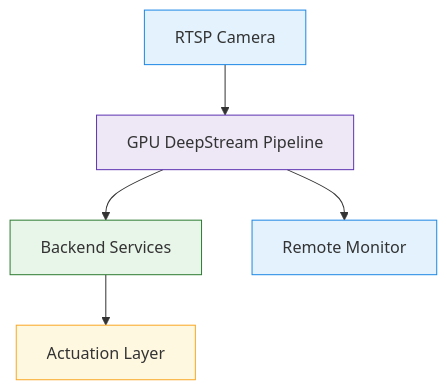
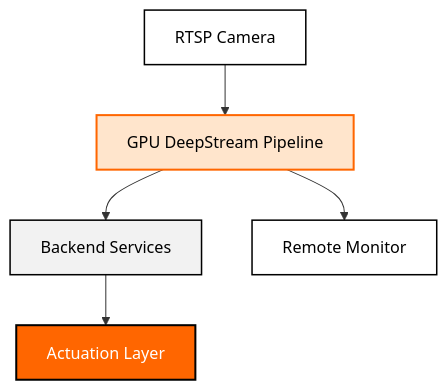
One commit to hbo-bomb/Project-Nilbye changed the first of 4 diagrams in Project Documentation/architecture.md. Above: the diagram before and after it, drawn with Mermaid. The commit also changed other lines of this file, not shown here.

````diff
--- a/Project Documentation/architecture.md
+++ b/Project Documentation/architecture.md
@@ -13,22 +13,23 @@
 ```mermaid
 flowchart TB
 
-  classDef ext fill:#e3f2fd,stroke:#1e88e5,stroke-width:1px;
-  classDef core fill:#ede7f6,stroke:#5e35b1,stroke-width:1px;
-  classDef backend fill:#e8f5e9,stroke:#2e7d32,stroke-width:1px;
-  classDef hw fill:#fff8e1,stroke:#f9a825,stroke-width:1px;
+  %% ===== White / Black / Orange Theme =====
+  classDef ext fill:#ffffff,stroke:#000000,stroke-width:1.5px,color:#000000;
+  classDef core fill:#ffe5cc,stroke:#ff6600,stroke-width:2px,color:#000000;
+  classDef backend fill:#f2f2f2,stroke:#000000,stroke-width:1.5px,color:#000000;
+  classDef hw fill:#ff6600,stroke:#000000,stroke-width:2px,color:#ffffff;
 
   CAM[RTSP Camera]
   GPU[GPU DeepStream Pipeline]
   BE[Backend Services]
   ACT[Actuation Layer]
   MON[Remote Monitor]
 
   CAM --> GPU --> BE --> ACT
   GPU --> MON
 
   class CAM,MON ext
   class GPU core
   class BE backend
   class ACT hw
 ```
````
